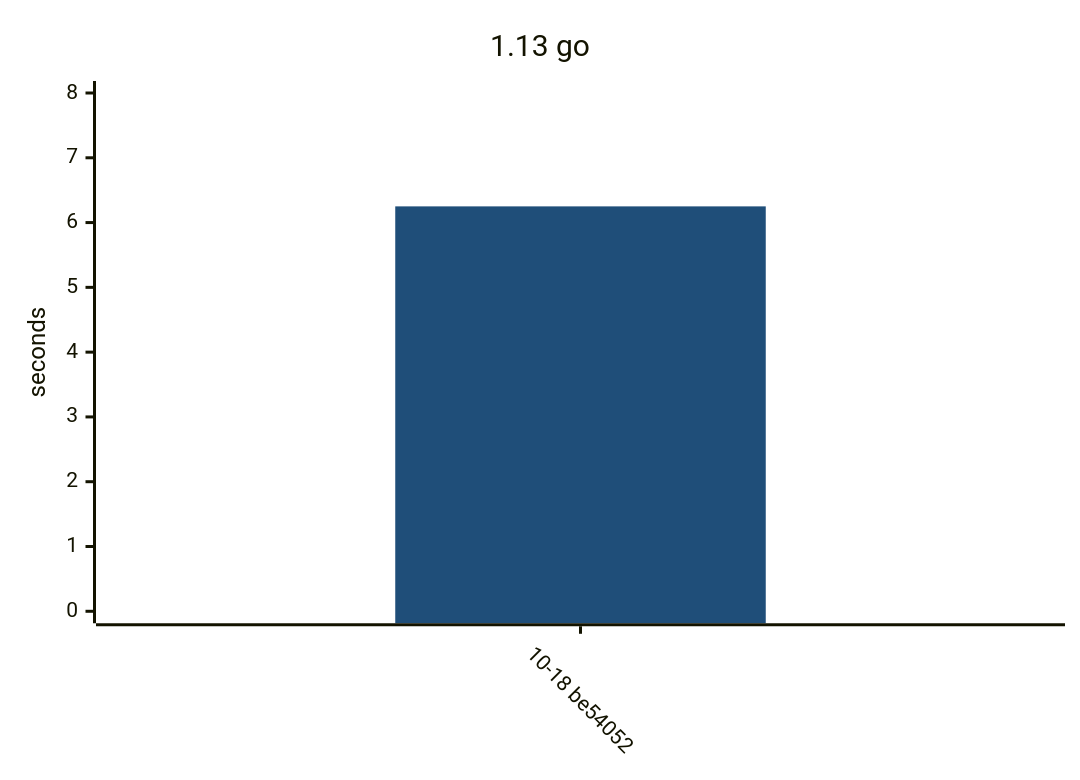
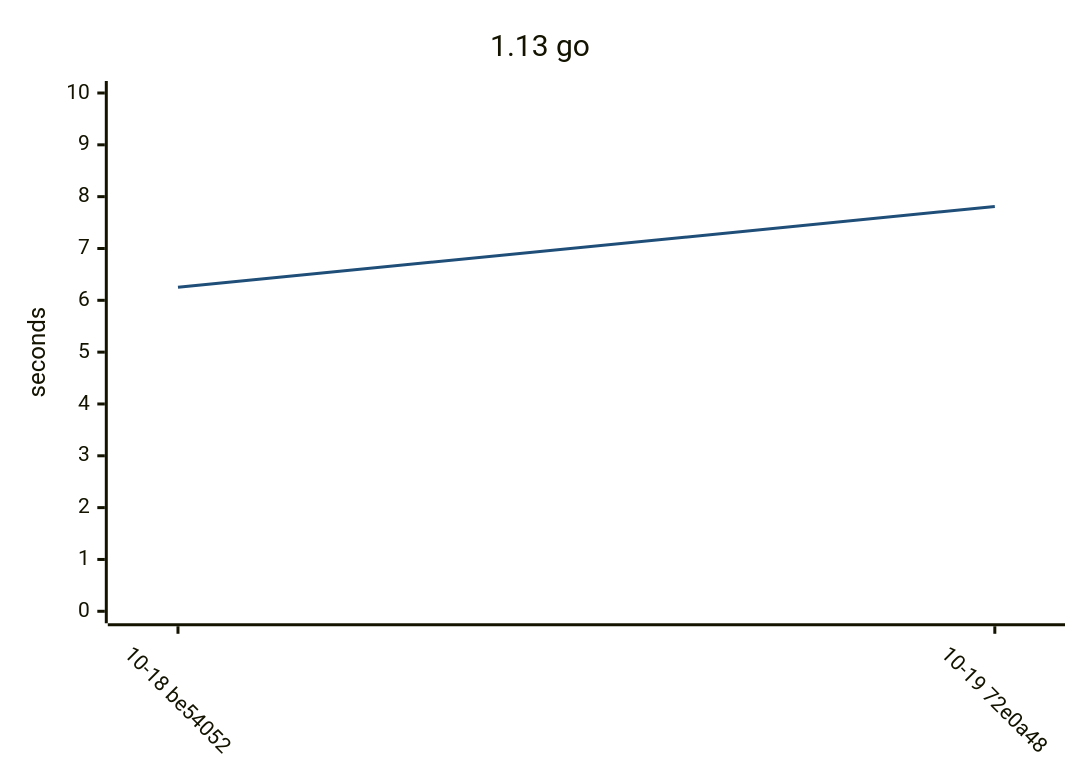
One commit to yamanori99/DistSSHKit.jl changed the third of 12 diagrams in README.md. Above: the diagram before and after it, drawn with Mermaid. The commit also changed other lines of this file and 1 other file, not shown here.

````diff
--- a/README.md
+++ b/README.md
@@ -86,17 +86,17 @@
 ```mermaid
 ---
 config:
   theme: base
   themeVariables:
     xyChart:
       plotColorPalette: "#1f4e79"
   xyChart:
     xAxis:
       labelRotation: 45
 ---
 xychart-beta
     title "1.13 go"
-    x-axis ["10-18 be54052"]
-    y-axis "seconds" 0 --> 8
-    bar [6.25]
+    x-axis ["10-18 be54052", "10-19 72e0a48"]
+    y-axis "seconds" 0 --> 10
+    line [6.25, 7.81]
 ```
````
